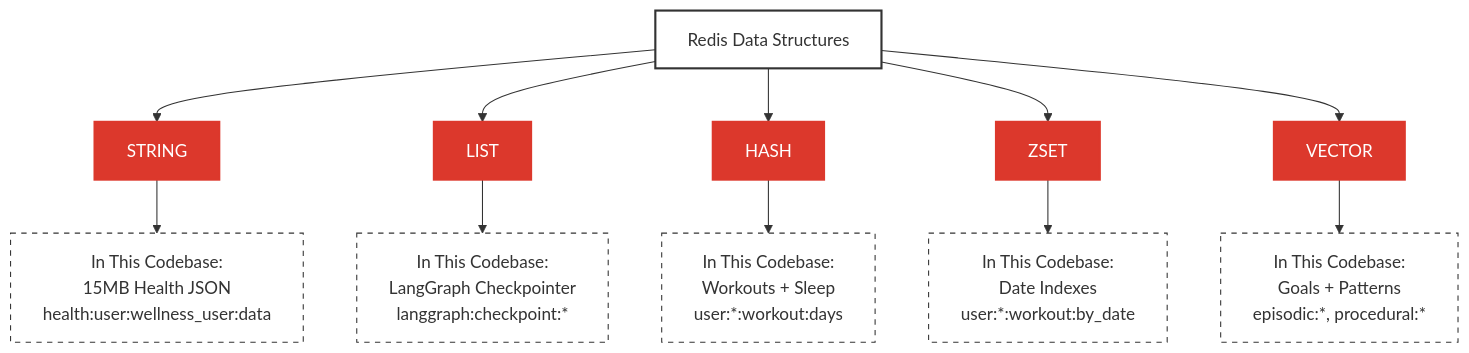
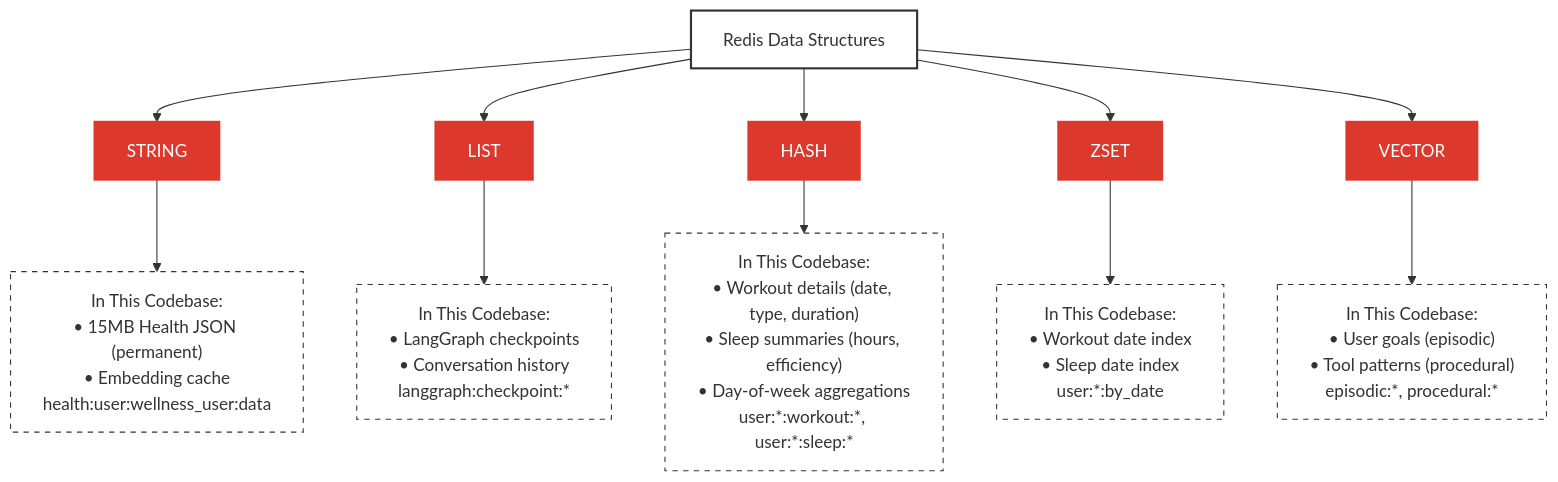
One commit to AllieRays/redis-wellness changed the second of 4 diagrams in docs/11_REDIS_PATTERNS.md. Above: the diagram before and after it, drawn with Mermaid. The commit also changed other lines of this file and 3 other files, not shown here.

````diff
--- a/docs/11_REDIS_PATTERNS.md
+++ b/docs/11_REDIS_PATTERNS.md
@@ -87,39 +87,39 @@
 ```mermaid
 graph TD
     A[Redis Data Structures]
     B[STRING]
     C[LIST]
     D[HASH]
     E[ZSET]
     F[VECTOR]
 
-    B1["In This Codebase:<br/>15MB Health JSON<br/>health:user:wellness_user:data"]
-    C1["In This Codebase:<br/>LangGraph Checkpointer<br/>langgraph:checkpoint:*"]
-    D1["In This Codebase:<br/>Workouts + Sleep<br/>user:*:workout:days"]
-    E1["In This Codebase:<br/>Date Indexes<br/>user:*:workout:by_date"]
-    F1["In This Codebase:<br/>Goals + Patterns<br/>episodic:*, procedural:*"]
+    B1["In This Codebase:<br/>• 15MB Health JSON (permanent)<br/>• Embedding cache<br/>health:user:wellness_user:data"]
+    C1["In This Codebase:<br/>• LangGraph checkpoints<br/>• Conversation history<br/>langgraph:checkpoint:*"]
+    D1["In This Codebase:<br/>• Workout details (date, type, duration)<br/>• Sleep summaries (hours, efficiency)<br/>• Day-of-week aggregations<br/>user:*:workout:*, user:*:sleep:*"]
+    E1["In This Codebase:<br/>• Workout date index<br/>• Sleep date index<br/>user:*:by_date"]
+    F1["In This Codebase:<br/>• User goals (episodic)<br/>• Tool patterns (procedural)<br/>episodic:*, procedural:*"]
 
     A --> B
     A --> C
     A --> D
     A --> E
     A --> F
 
     B --> B1
     C --> C1
     D --> D1
     E --> E1
     F --> F1
 
     style A fill:#fff,stroke:#333,stroke-width:2px
     style B fill:#DC382C,stroke:#DC382C,stroke-width:2px,color:#fff
     style C fill:#DC382C,stroke:#DC382C,stroke-width:2px,color:#fff
     style D fill:#DC382C,stroke:#DC382C,stroke-width:2px,color:#fff
     style E fill:#DC382C,stroke:#DC382C,stroke-width:2px,color:#fff
     style F fill:#DC382C,stroke:#DC382C,stroke-width:2px,color:#fff
     style B1 fill:#fff,stroke:#333,stroke-width:1px,stroke-dasharray: 5 5
     style C1 fill:#fff,stroke:#333,stroke-width:1px,stroke-dasharray: 5 5
     style D1 fill:#fff,stroke:#333,stroke-width:1px,stroke-dasharray: 5 5
     style E1 fill:#fff,stroke:#333,stroke-width:1px,stroke-dasharray: 5 5
     style F1 fill:#fff,stroke:#333,stroke-width:1px,stroke-dasharray: 5 5
 ```
````
